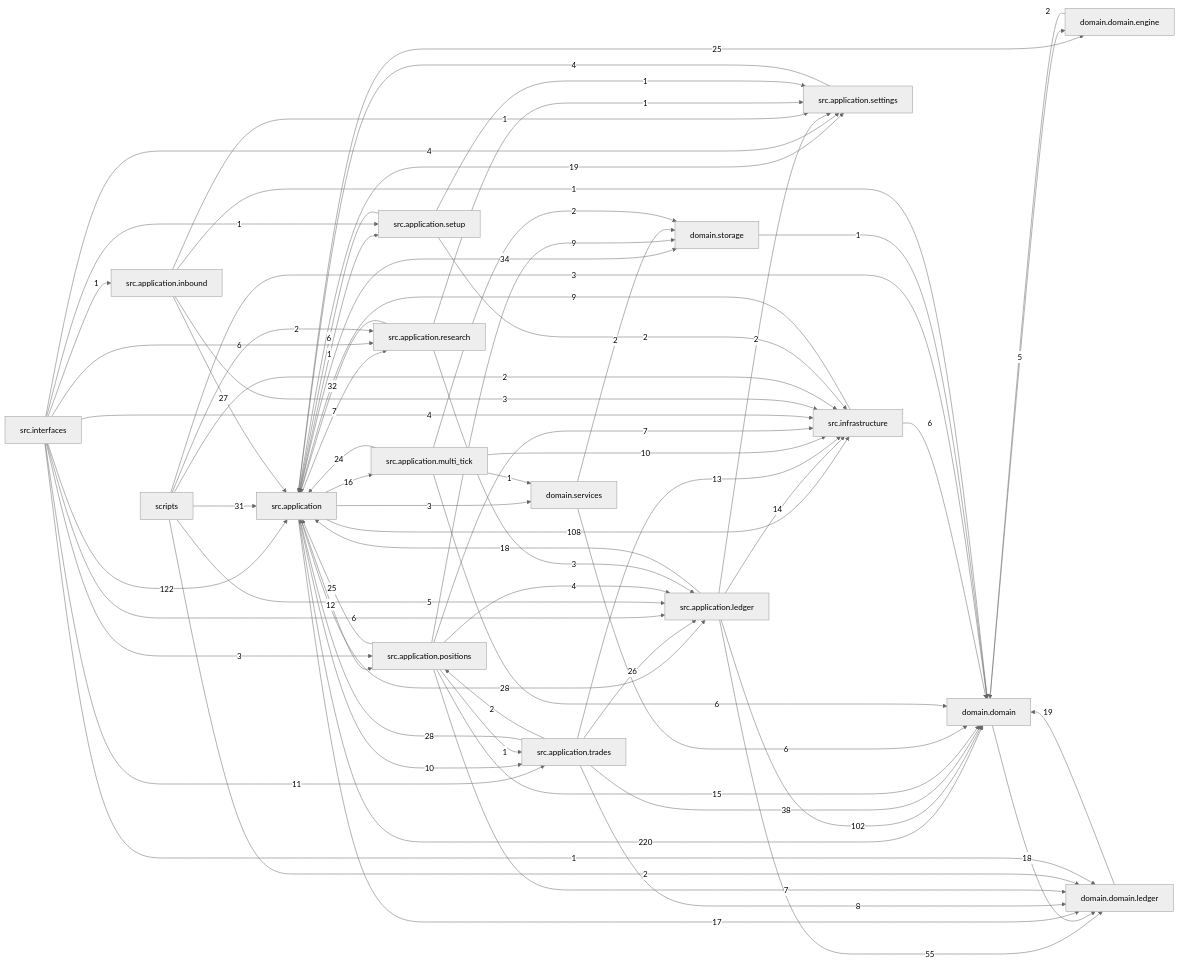
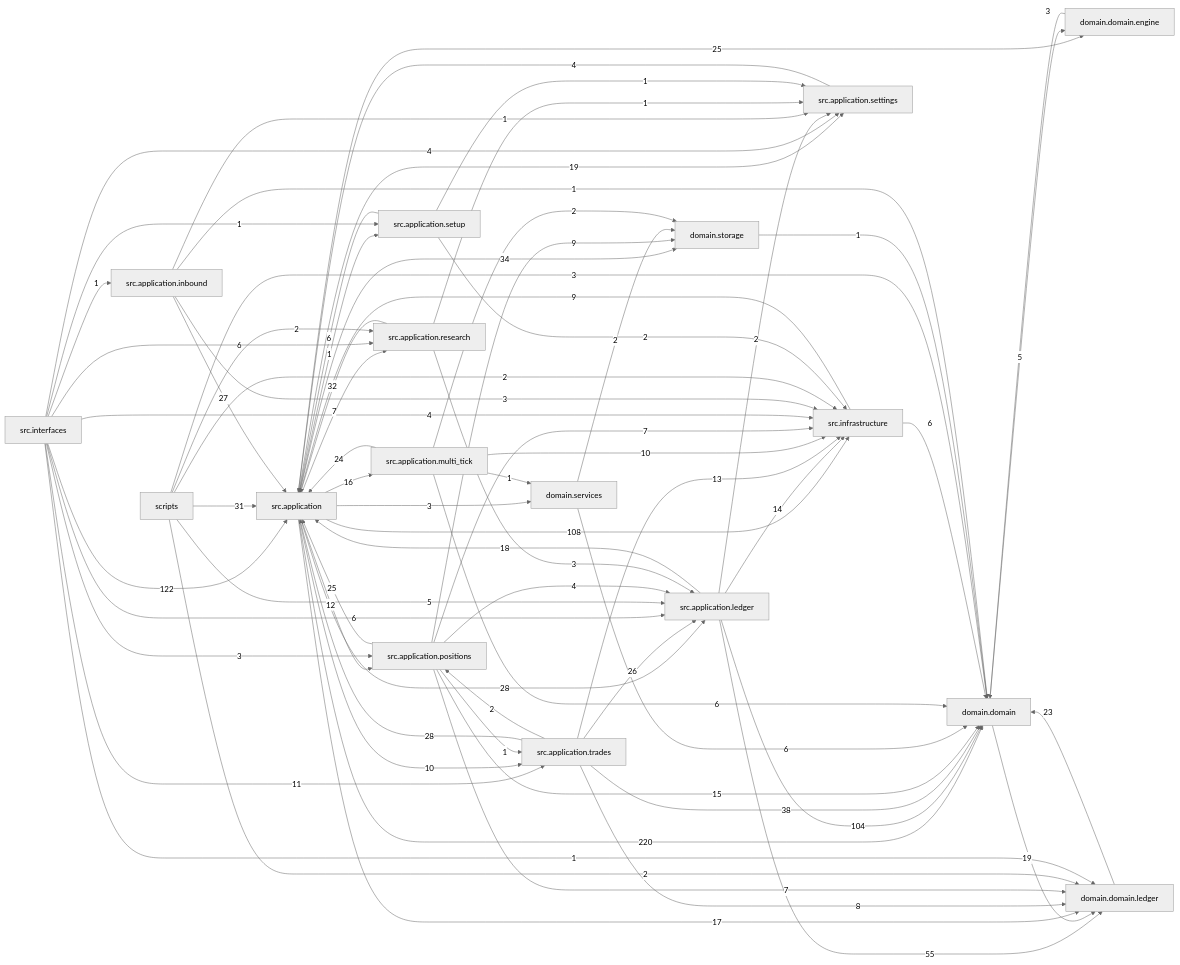
The diagram in docs/dependency_graph.mmd (liuxie066/options-monitor), drawn with Mermaid (neutral theme) before and after one commit. The commit also changed 30 other files, not shown here.

```diff
--- a/docs/dependency_graph.mmd
+++ b/docs/dependency_graph.mmd
@@ -1,73 +1,73 @@
 flowchart LR
   src_application["src.application"] -->|220| domain_domain["domain.domain"]
   src_interfaces["src.interfaces"] -->|122| src_application["src.application"]
   src_application["src.application"] -->|108| src_infrastructure["src.infrastructure"]
-  src_application_ledger["src.application.ledger"] -->|102| domain_domain["domain.domain"]
+  src_application_ledger["src.application.ledger"] -->|104| domain_domain["domain.domain"]
   src_application_ledger["src.application.ledger"] -->|55| domain_domain_ledger["domain.domain.ledger"]
   src_application_trades["src.application.trades"] -->|38| domain_domain["domain.domain"]
   src_application["src.application"] -->|34| domain_storage["domain.storage"]
   src_application_research["src.application.research"] -->|32| src_application["src.application"]
   scripts["scripts"] -->|31| src_application["src.application"]
   src_application["src.application"] -->|28| src_application_ledger["src.application.ledger"]
   src_application_trades["src.application.trades"] -->|28| src_application["src.application"]
   src_application_inbound["src.application.inbound"] -->|27| src_application["src.application"]
   src_application_trades["src.application.trades"] -->|26| src_application_ledger["src.application.ledger"]
   src_application["src.application"] -->|25| domain_domain_engine["domain.domain.engine"]
   src_application_positions["src.application.positions"] -->|25| src_application["src.application"]
   src_application_multi_tick["src.application.multi_tick"] -->|24| src_application["src.application"]
-  domain_domain_ledger["domain.domain.ledger"] -->|19| domain_domain["domain.domain"]
+  domain_domain_ledger["domain.domain.ledger"] -->|23| domain_domain["domain.domain"]
+  domain_domain["domain.domain"] -->|19| domain_domain_ledger["domain.domain.ledger"]
   src_application["src.application"] -->|19| src_application_settings["src.application.settings"]
-  domain_domain["domain.domain"] -->|18| domain_domain_ledger["domain.domain.ledger"]
   src_application_ledger["src.application.ledger"] -->|18| src_application["src.application"]
   src_application["src.application"] -->|17| domain_domain_ledger["domain.domain.ledger"]
   src_application["src.application"] -->|16| src_application_multi_tick["src.application.multi_tick"]
   src_application_positions["src.application.positions"] -->|15| domain_domain["domain.domain"]
   src_application_ledger["src.application.ledger"] -->|14| src_infrastructure["src.infrastructure"]
   src_application_trades["src.application.trades"] -->|13| src_infrastructure["src.infrastructure"]
   src_application["src.application"] -->|12| src_application_positions["src.application.positions"]
   src_interfaces["src.interfaces"] -->|11| src_application_trades["src.application.trades"]
   src_application["src.application"] -->|10| src_application_trades["src.application.trades"]
   src_application_multi_tick["src.application.multi_tick"] -->|10| src_infrastructure["src.infrastructure"]
   src_application_positions["src.application.positions"] -->|9| domain_storage["domain.storage"]
   src_infrastructure["src.infrastructure"] -->|9| src_application["src.application"]
   src_application_trades["src.application.trades"] -->|8| domain_domain_ledger["domain.domain.ledger"]
   src_application["src.application"] -->|7| src_application_research["src.application.research"]
   src_application_positions["src.application.positions"] -->|7| domain_domain_ledger["domain.domain.ledger"]
   src_application_positions["src.application.positions"] -->|7| src_infrastructure["src.infrastructure"]
   domain_services["domain.services"] -->|6| domain_domain["domain.domain"]
   src_application_multi_tick["src.application.multi_tick"] -->|6| domain_domain["domain.domain"]
   src_application_setup["src.application.setup"] -->|6| src_application["src.application"]
   src_infrastructure["src.infrastructure"] -->|6| domain_domain["domain.domain"]
   src_interfaces["src.interfaces"] -->|6| src_application_ledger["src.application.ledger"]
   src_interfaces["src.interfaces"] -->|6| src_application_research["src.application.research"]
   domain_domain["domain.domain"] -->|5| domain_domain_engine["domain.domain.engine"]
   scripts["scripts"] -->|5| src_application_ledger["src.application.ledger"]
   src_application_positions["src.application.positions"] -->|4| src_application_ledger["src.application.ledger"]
   src_application_settings["src.application.settings"] -->|4| src_application["src.application"]
   src_interfaces["src.interfaces"] -->|4| src_application_settings["src.application.settings"]
   src_interfaces["src.interfaces"] -->|4| src_infrastructure["src.infrastructure"]
+  domain_domain_engine["domain.domain.engine"] -->|3| domain_domain["domain.domain"]
   scripts["scripts"] -->|3| domain_domain["domain.domain"]
   src_application["src.application"] -->|3| domain_services["domain.services"]
   src_application_inbound["src.application.inbound"] -->|3| src_infrastructure["src.infrastructure"]
   src_application_research["src.application.research"] -->|3| src_application_ledger["src.application.ledger"]
   src_interfaces["src.interfaces"] -->|3| src_application_positions["src.application.positions"]
-  domain_domain_engine["domain.domain.engine"] -->|2| domain_domain["domain.domain"]
   domain_services["domain.services"] -->|2| domain_storage["domain.storage"]
   scripts["scripts"] -->|2| domain_domain_ledger["domain.domain.ledger"]
   scripts["scripts"] -->|2| src_application_research["src.application.research"]
   scripts["scripts"] -->|2| src_infrastructure["src.infrastructure"]
   src_application_ledger["src.application.ledger"] -->|2| src_application_settings["src.application.settings"]
   src_application_multi_tick["src.application.multi_tick"] -->|2| domain_storage["domain.storage"]
   src_application_setup["src.application.setup"] -->|2| src_infrastructure["src.infrastructure"]
   src_application_trades["src.application.trades"] -->|2| src_application_positions["src.application.positions"]
   domain_storage["domain.storage"] -->|1| domain_domain["domain.domain"]
   src_application["src.application"] -->|1| src_application_setup["src.application.setup"]
   src_application_inbound["src.application.inbound"] -->|1| domain_domain["domain.domain"]
   src_application_inbound["src.application.inbound"] -->|1| src_application_settings["src.application.settings"]
   src_application_multi_tick["src.application.multi_tick"] -->|1| domain_services["domain.services"]
   src_application_positions["src.application.positions"] -->|1| src_application_trades["src.application.trades"]
   src_application_research["src.application.research"] -->|1| src_application_settings["src.application.settings"]
   src_application_setup["src.application.setup"] -->|1| src_application_settings["src.application.settings"]
   src_interfaces["src.interfaces"] -->|1| domain_domain_ledger["domain.domain.ledger"]
   src_interfaces["src.interfaces"] -->|1| src_application_inbound["src.application.inbound"]
   src_interfaces["src.interfaces"] -->|1| src_application_setup["src.application.setup"]
```
